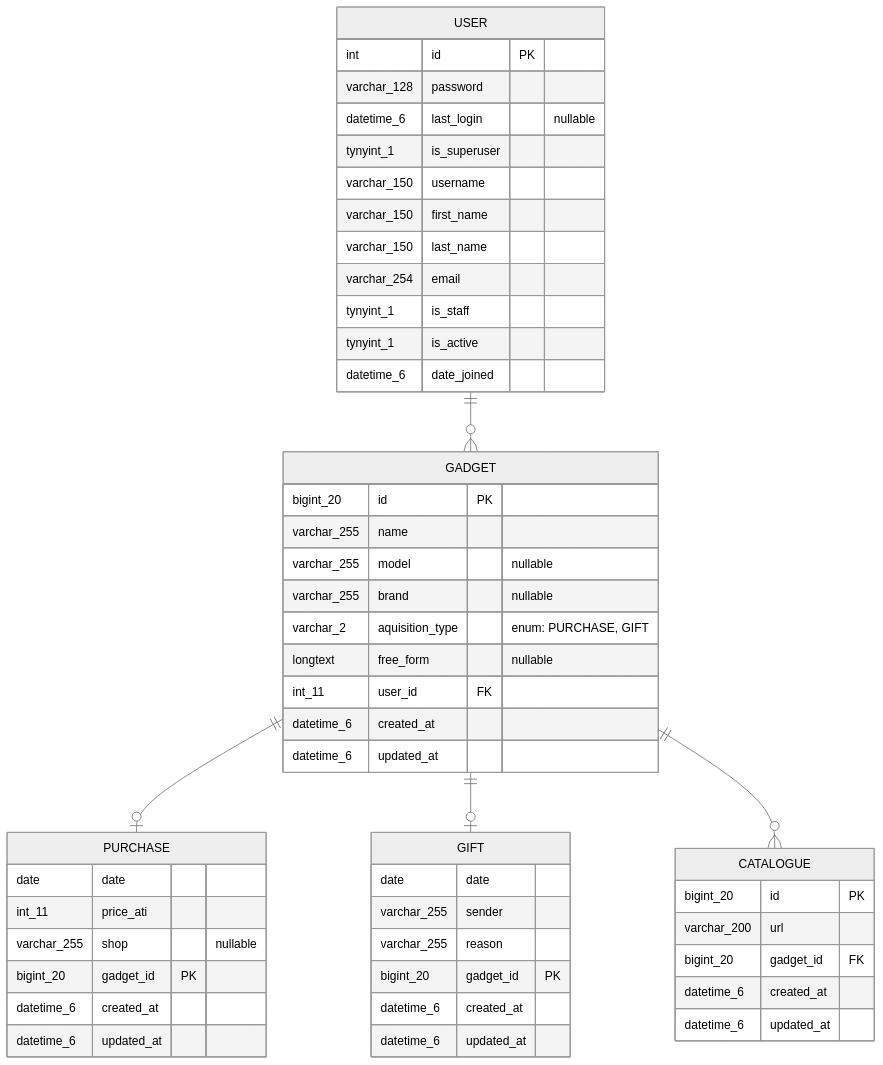
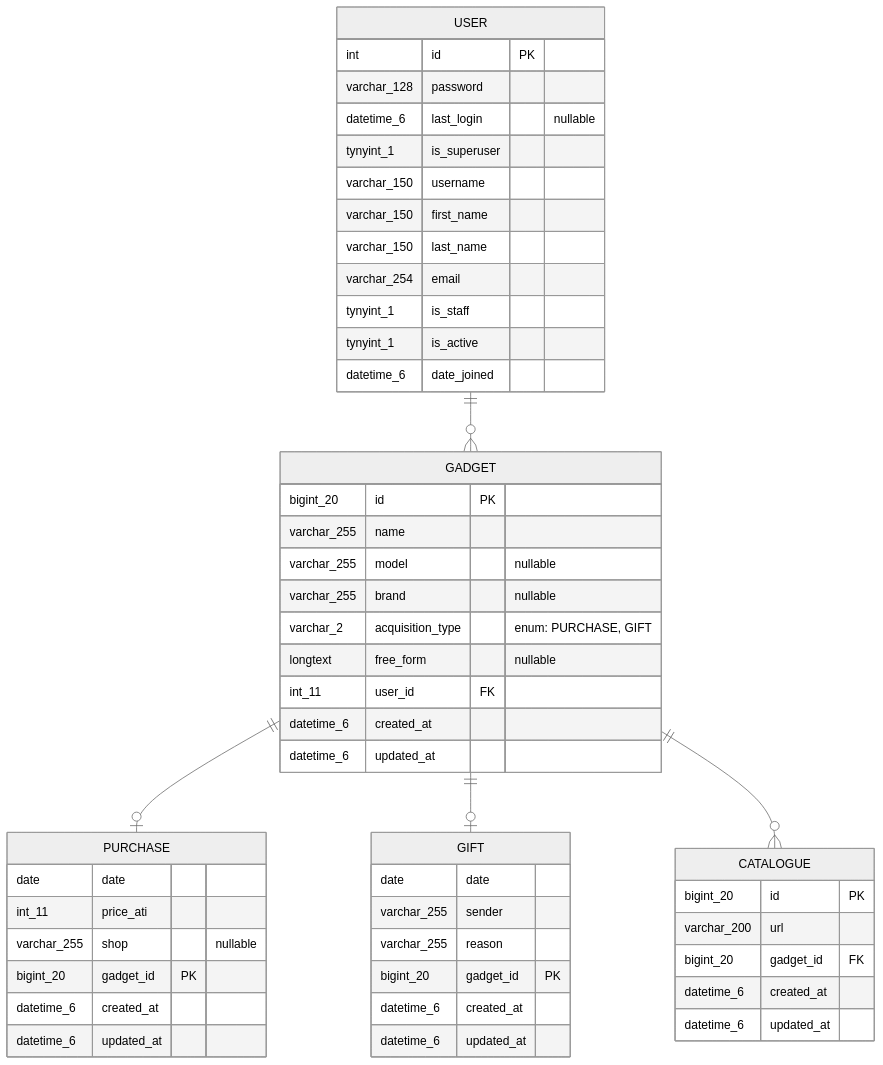
Before and after one commit to lynxlevin/gadget_collection: the diagram in docs/er_diagram.md, drawn with Mermaid (neutral theme). The commit also changed 3 other files, not shown here.

````diff
--- a/docs/er_diagram.md
+++ b/docs/er_diagram.md
@@ -1,55 +1,55 @@
 ```mermaid
 erDiagram
     USER ||--o{ GADGET : ""
     USER {
         int id PK
         varchar_128 password
         datetime_6 last_login "nullable"
         tynyint_1 is_superuser
         varchar_150 username
         varchar_150 first_name
         varchar_150 last_name
         varchar_254 email
         tynyint_1 is_staff
         tynyint_1 is_active
         datetime_6 date_joined
     }
     GADGET ||--o| PURCHASE : ""
     GADGET ||--o| GIFT : ""
     GADGET ||--o{ CATALOGUE : ""
     GADGET {
         bigint_20 id PK
         varchar_255 name
         varchar_255 model "nullable"
         varchar_255 brand "nullable"
-        varchar_2 aquisition_type "enum: PURCHASE, GIFT"
+        varchar_2 acquisition_type "enum: PURCHASE, GIFT"
         longtext free_form "nullable"
         int_11 user_id FK
         datetime_6 created_at
         datetime_6 updated_at
     }
     PURCHASE {
         date date
         int_11 price_ati
         varchar_255 shop "nullable"
         bigint_20 gadget_id PK
         datetime_6 created_at
         datetime_6 updated_at
     }
     GIFT {
         date date
         varchar_255 sender
         varchar_255 reason
         bigint_20 gadget_id PK
         datetime_6 created_at
         datetime_6 updated_at
     }
     CATALOGUE {
         bigint_20 id PK
         varchar_200 url
         bigint_20 gadget_id FK
         datetime_6 created_at
         datetime_6 updated_at
     }
 
 ```
````
